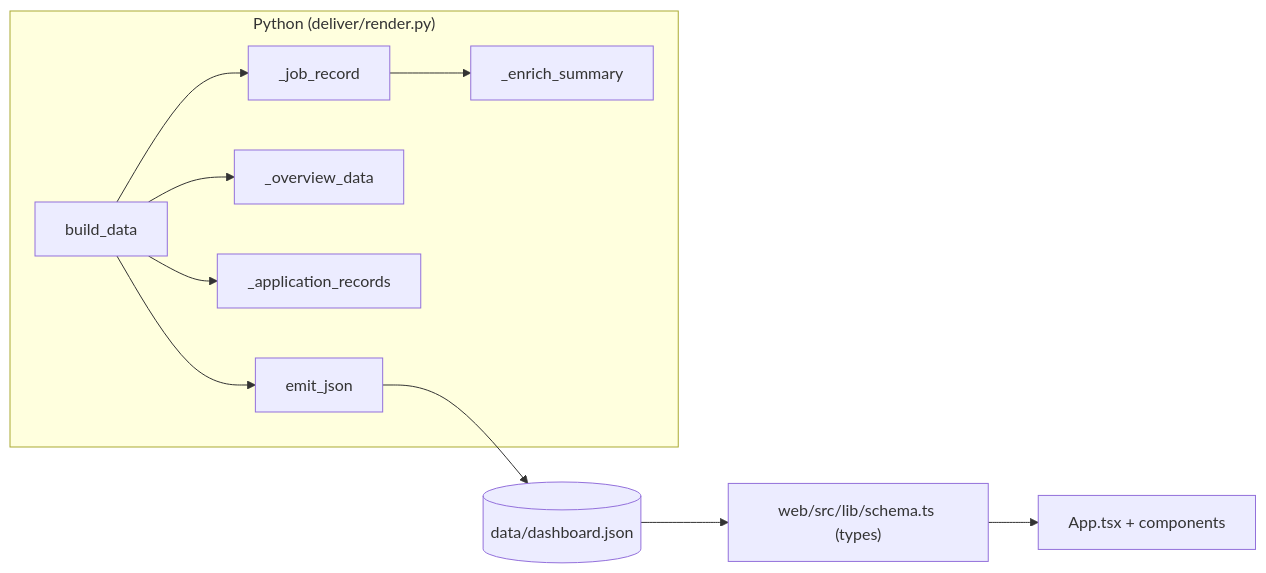
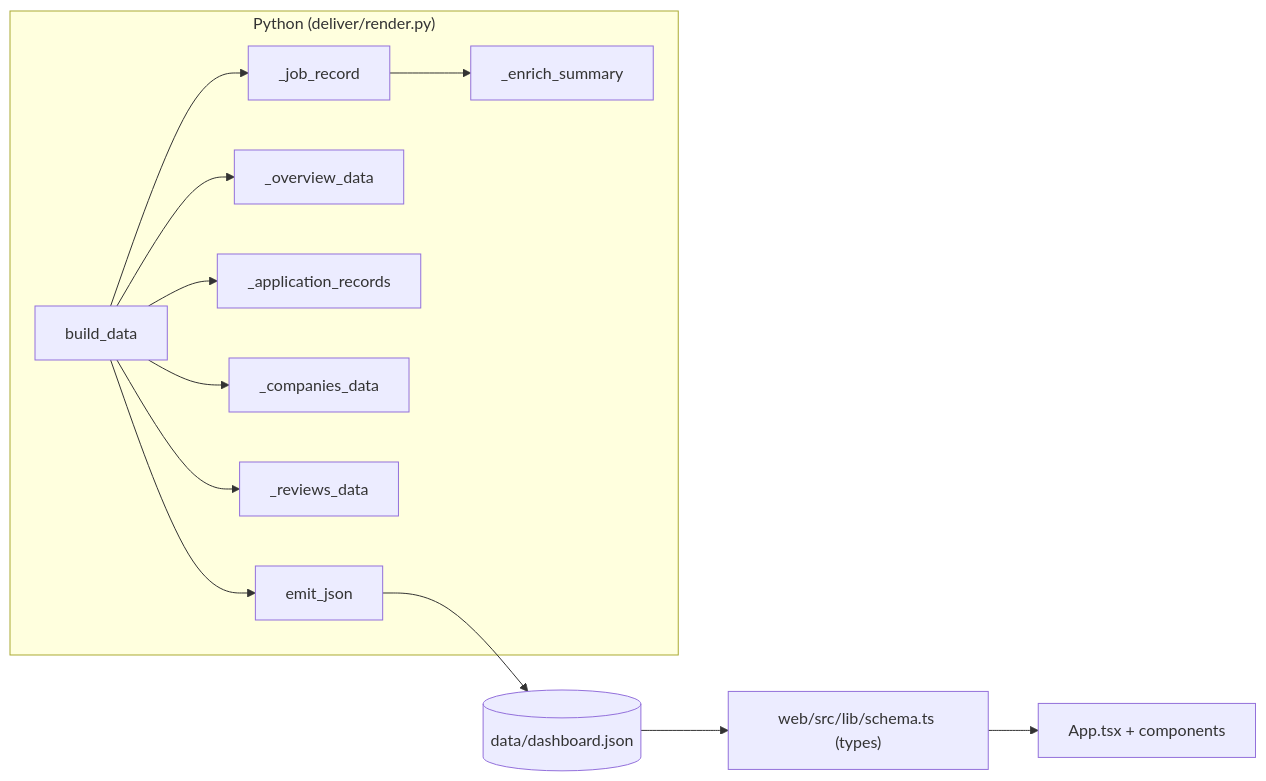
Before and after one commit to rinz0x0cruz/jobscope: the fourth of 4 diagrams in ARCHITECTURE.md, drawn with Mermaid. The commit also changed other lines of this file and 109 other files, not shown here.

````diff
--- a/ARCHITECTURE.md
+++ b/ARCHITECTURE.md
@@ -419,13 +403,15 @@
 ```mermaid
 flowchart LR
     subgraph py["Python (deliver/render.py)"]
         build_data --> job["_job_record"]
         build_data --> ov["_overview_data"]
         build_data --> apprec["_application_records"]
+      build_data --> companies["_companies_data"]
+      build_data --> reviews["_reviews_data"]
         job --> es["_enrich_summary"]
         build_data --> emit["emit_json"]
     end
     emit --> json[("data/dashboard.json")]
     json --> ts["web/src/lib/schema.ts (types)"]
     ts --> react["App.tsx + components"]
 ```
````
